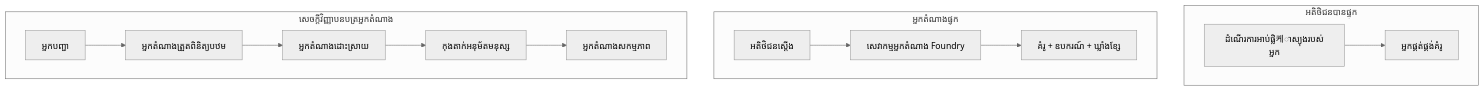
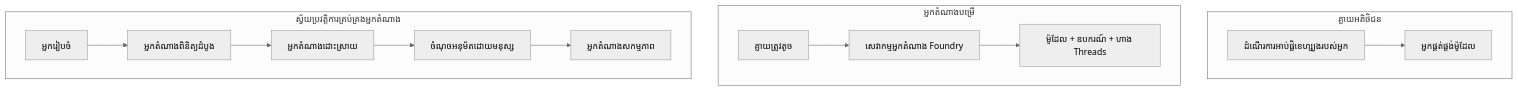
One commit to microsoft/ai-agents-for-beginners changed the first of 4 diagrams in translations/km/16-deploying-scalable-agents/README.md. Above: the diagram before and after it, drawn with Mermaid (neutral theme). The commit also changed other lines of this file and 14 other files, not shown here.

````diff
--- a/translations/km/16-deploying-scalable-agents/README.md
+++ b/translations/km/16-deploying-scalable-agents/README.md
@@ -87,16 +87,16 @@
 ```mermaid
 flowchart TB
-    subgraph P1[អតិថិជនបានផ្ទុក]
-        A1[ដំណើរការអាប់ផ្លិ케ាស្យុងរបស់អ្នក] --> M1[អ្នកផ្គត់ផ្គង់គំរូ]
+    subgraph P1[គ្លាយអតិថិជន]
+        A1[ដំណើរការអាប់ផ្លិខេហ្ស្យុងរបស់អ្នក] --> M1[អ្នកផ្គត់ផ្គង់ម៉ូដែល]
     end
-    subgraph P2[អ្នកតំណាងផ្ទុក]
-        A2[អតិថិជនស្តើង] --> F2[សេវាកម្មអ្នកតំណាង Foundry]
-        F2 --> M2[គំរូ + ឧបករណ៍ + ឃ្លាំងខ្សែ]
+    subgraph P2[អ្នកតំណាងបម្រើ]
+        A2[គ្លាយត្រូវតូច] --> F2[សេវាកម្មអ្នកតំណាង Foundry]
+        F2 --> M2[ម៉ូដែល + ឧបករណ៍ + ហាង Threads]
     end
-    subgraph P3[សេចក្ដីវិញ្ញាបនបត្រអ្នកតំណាង]
-        A3[អ្នកបញ្ជា] --> S1[អ្នកតំណាងត្រួតពិនិត្យបឋម]
+    subgraph P3[ស្វ័យប្រវត្តិការគ្រប់គ្រងអ្នកតំណាង]
+        A3[អ្នករៀបចំ] --> S1[អ្នកតំណាងពិនិត្យដំបូង]
         S1 --> S2[អ្នកតំណាងដោះស្រាយ]
-        S2 --> H[កុងតាក់អនុម័តមនុស្ស]
+        S2 --> H[ចំណុចអនុម័តដោយមនុស្ស]
         H --> S3[អ្នកតំណាងសកម្មភាព]
     end
 ```
````
